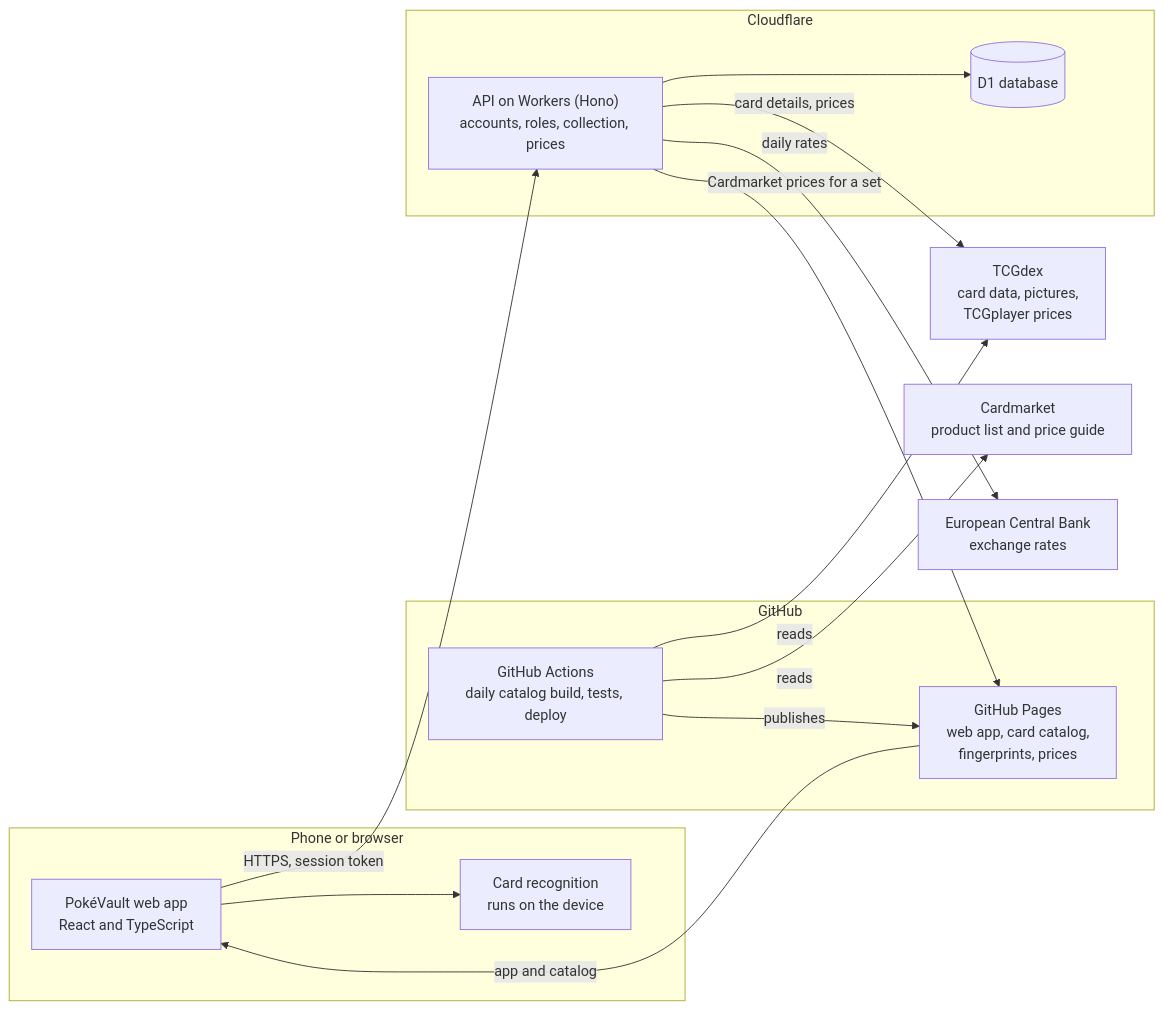
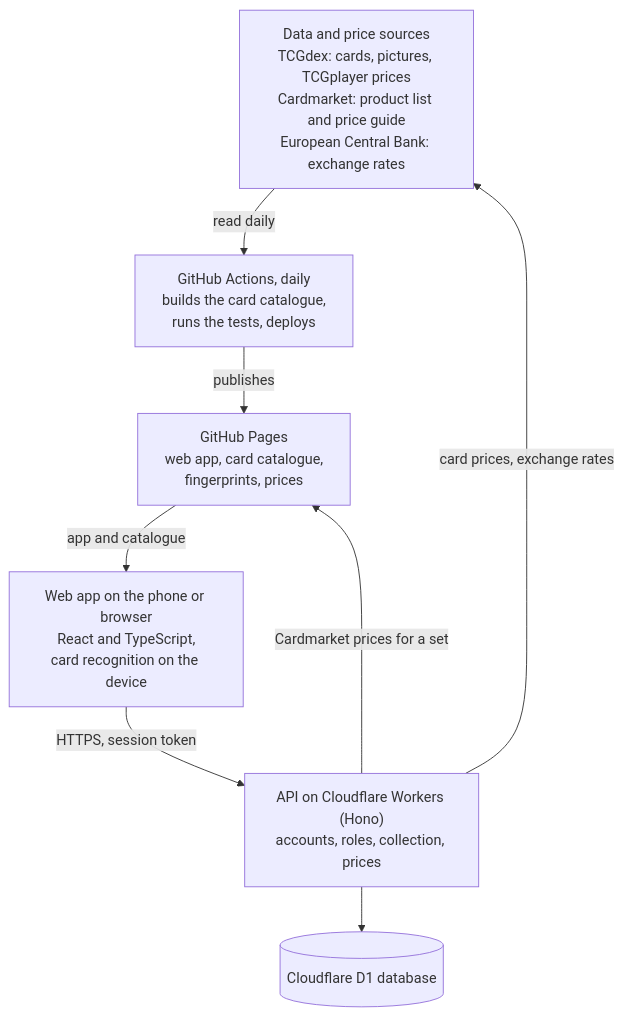
One commit to IIRyzII/Pokemon-Card-Scanner changed the diagram in README.md. Above: the diagram before and after it, drawn with Mermaid. The commit also changed other lines of this file and 16 other files, not shown here.

````diff
--- a/README.md
+++ b/README.md
@@ -86,28 +86,18 @@
 ```mermaid
-flowchart LR
-  subgraph Device["Phone or browser"]
-    App["PokéVault web app<br/>React and TypeScript"]
-    Rec["Card recognition<br/>runs on the device"]
-  end
-  subgraph GitHub["GitHub"]
-    Build["GitHub Actions<br/>daily catalog build, tests, deploy"]
-    Pages["GitHub Pages<br/>web app, card catalog,<br/>fingerprints, prices"]
-  end
-  subgraph Cloudflare["Cloudflare"]
-    API["API on Workers (Hono)<br/>accounts, roles, collection, prices"]
-    DB[("D1 database")]
-  end
-  TCGdex["TCGdex<br/>card data, pictures,<br/>TCGplayer prices"]
-  CM["Cardmarket<br/>product list and price guide"]
-  ECB["European Central Bank<br/>exchange rates"]
-  Pages -->|"app and catalog"| App
-  App --> Rec
+flowchart TB
+  accTitle: How PokéVault fits together
+  accDescr: Data sources feed a daily build in GitHub Actions, which publishes the web app and card catalogue on GitHub Pages. The web app runs on the phone or browser and recognises cards on the device. It calls the API on Cloudflare Workers, which stores data in a D1 database and fetches prices from the data sources and the published Cardmarket files. The numbered list below describes each part.
+  Sources["Data and price sources<br/>TCGdex: cards, pictures, TCGplayer prices<br/>Cardmarket: product list and price guide<br/>European Central Bank: exchange rates"]
+  Build["GitHub Actions, daily<br/>builds the card catalogue,<br/>runs the tests, deploys"]
+  Pages["GitHub Pages<br/>web app, card catalogue,<br/>fingerprints, prices"]
+  App["Web app on the phone or browser<br/>React and TypeScript,<br/>card recognition on the device"]
+  API["API on Cloudflare Workers (Hono)<br/>accounts, roles, collection, prices"]
+  DB[("Cloudflare D1 database")]
+  Sources -->|"read daily"| Build
+  Build -->|"publishes"| Pages
+  Pages -->|"app and catalogue"| App
   App -->|"HTTPS, session token"| API
   API --> DB
-  API -->|"card details, prices"| TCGdex
+  API -->|"card prices, exchange rates"| Sources
   API -->|"Cardmarket prices for a set"| Pages
-  API -->|"daily rates"| ECB
-  Build -->|"reads"| TCGdex
-  Build -->|"reads"| CM
-  Build -->|"publishes"| Pages
 ```
````
